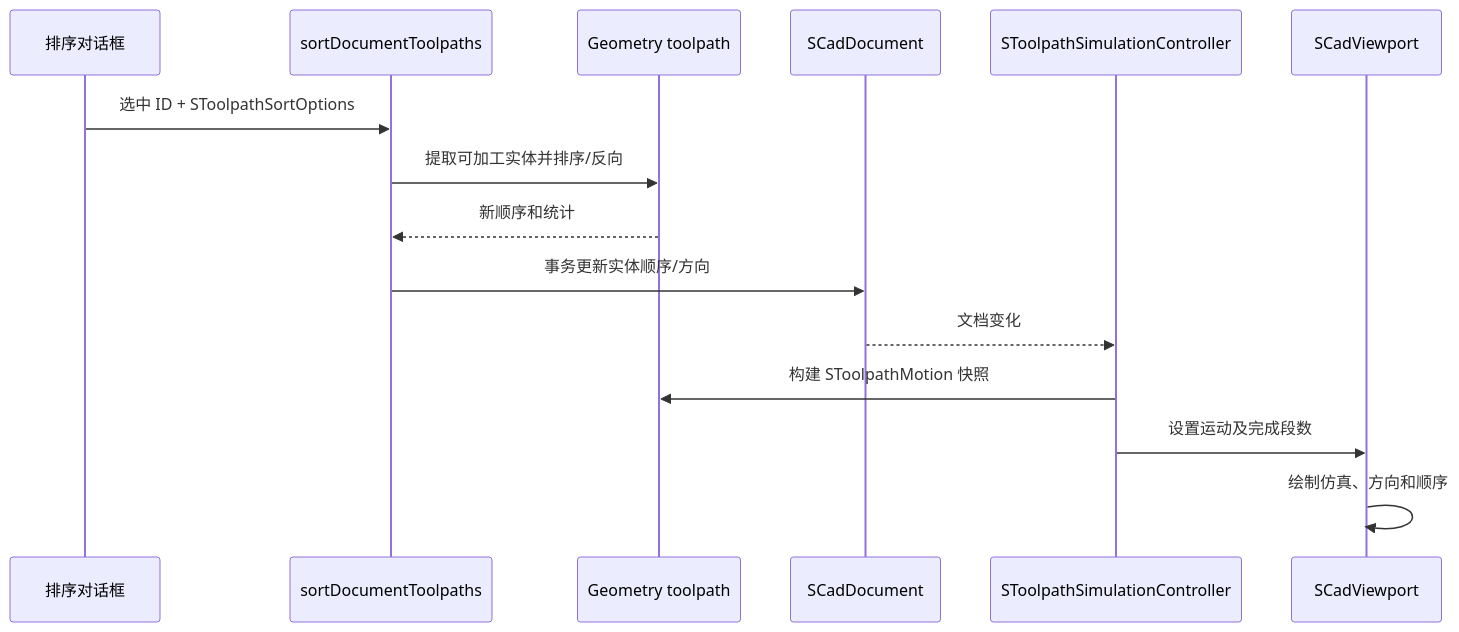
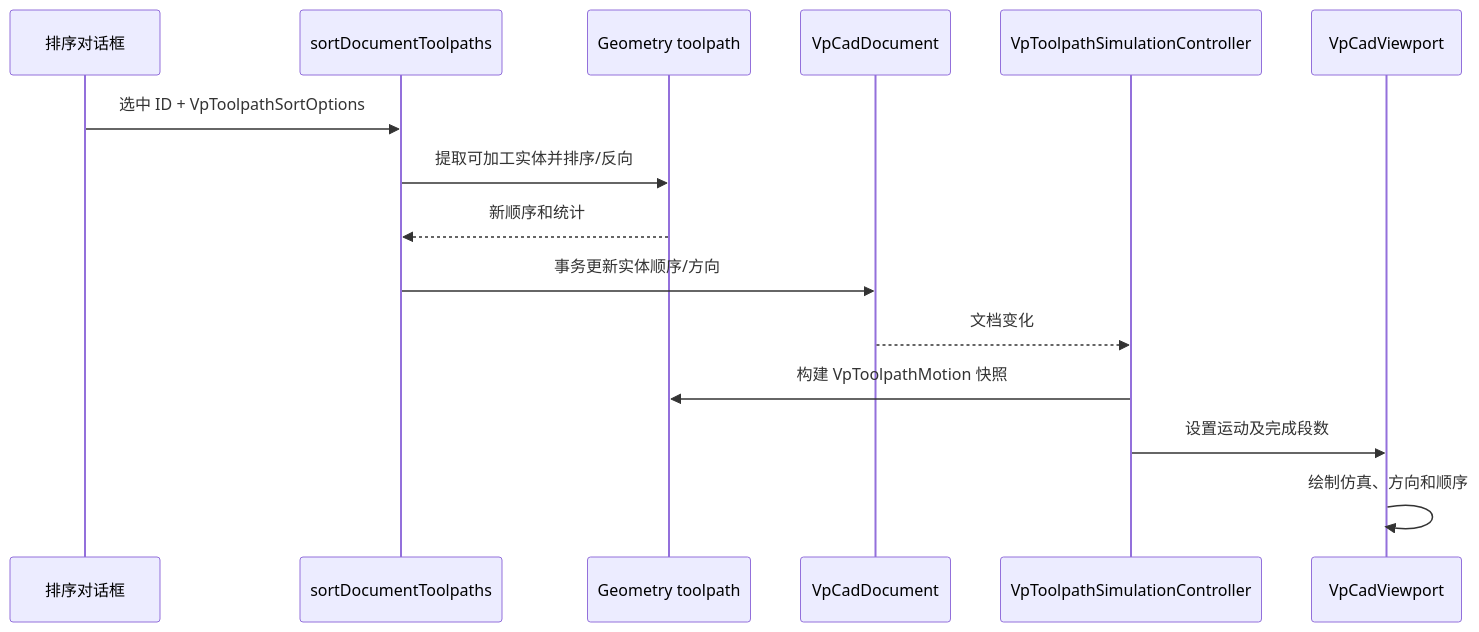
Before and after one commit to HJX0201/vectorPath: the fifth of 5 diagrams in sgraphDocs/CODEBASE_REFERENCE.md, drawn with Mermaid. The commit also changed other lines of this file and 628 other files, not shown here.

````diff
--- a/sgraphDocs/CODEBASE_REFERENCE.md
+++ b/sgraphDocs/CODEBASE_REFERENCE.md
@@ -988,17 +1030,17 @@
 ```mermaid
 sequenceDiagram
     participant UI as 排序对话框
     participant DocSvc as sortDocumentToolpaths
     participant Geo as Geometry toolpath
-    participant Doc as SCadDocument
-    participant Sim as SToolpathSimulationController
-    participant View as SCadViewport
-    UI->>DocSvc: 选中 ID + SToolpathSortOptions
+    participant Doc as VpCadDocument
+    participant Sim as VpToolpathSimulationController
+    participant View as VpCadViewport
+    UI->>DocSvc: 选中 ID + VpToolpathSortOptions
     DocSvc->>Geo: 提取可加工实体并排序/反向
     Geo-->>DocSvc: 新顺序和统计
     DocSvc->>Doc: 事务更新实体顺序/方向
     Doc-->>Sim: 文档变化
-    Sim->>Geo: 构建 SToolpathMotion 快照
+    Sim->>Geo: 构建 VpToolpathMotion 快照
     Sim->>View: 设置运动及完成段数
     View->>View: 绘制仿真、方向和顺序
 ```
````
